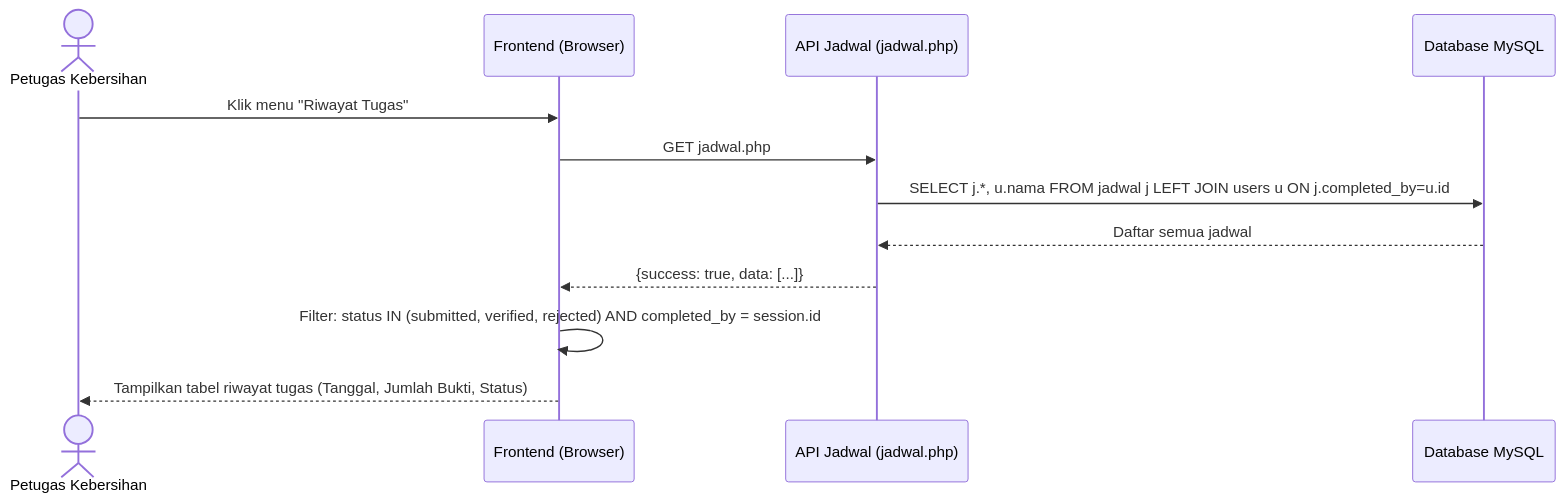
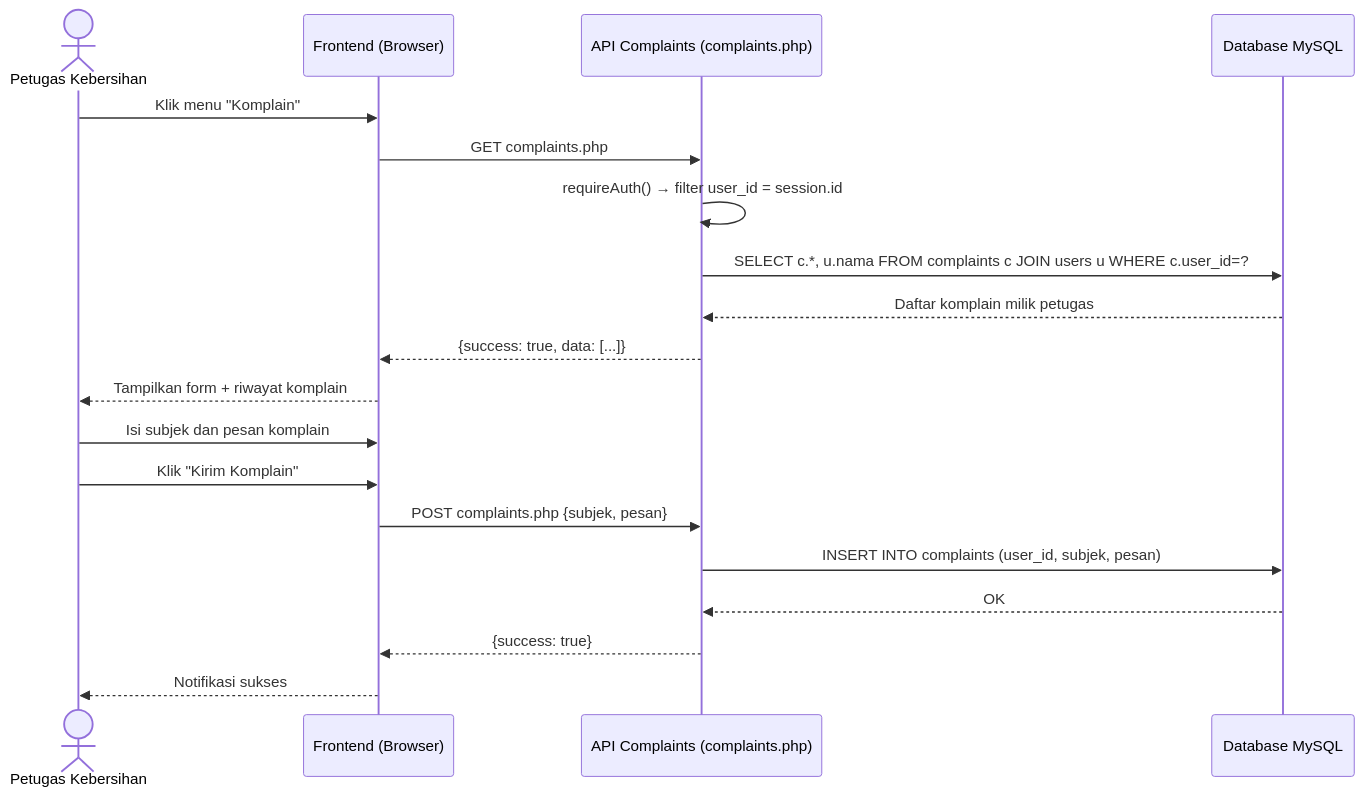
One commit to Aflah88/SIPARES-V.1.0 changed the ninth of 19 diagrams in dokumentasi/UML_SIPARES.md. Above: the diagram before and after it, drawn with Mermaid. The commit also changed other lines of this file and 15 other files, not shown here.

````diff
--- a/dokumentasi/UML_SIPARES.md
+++ b/dokumentasi/UML_SIPARES.md
@@ -254,15 +327,23 @@
 ```mermaid
 sequenceDiagram
     actor P as Petugas Kebersihan
     participant FE as Frontend (Browser)
-    participant API as API Jadwal (jadwal.php)
+    participant API as API Complaints (complaints.php)
     participant DB as Database MySQL
 
-    P->>FE: Klik menu "Riwayat Tugas"
-    FE->>API: GET jadwal.php
-    API->>DB: SELECT j.*, u.nama FROM jadwal j LEFT JOIN users u ON j.completed_by=u.id
-    DB-->>API: Daftar semua jadwal
+    P->>FE: Klik menu "Komplain"
+    FE->>API: GET complaints.php
+    API->>API: requireAuth() → filter user_id = session.id
+    API->>DB: SELECT c.*, u.nama FROM complaints c JOIN users u WHERE c.user_id=?
+    DB-->>API: Daftar komplain milik petugas
     API-->>FE: {success: true, data: [...]}
-    FE->>FE: Filter: status IN (submitted, verified, rejected) AND completed_by = session.id
-    FE-->>P: Tampilkan tabel riwayat tugas (Tanggal, Jumlah Bukti, Status)
+    FE-->>P: Tampilkan form + riwayat komplain
+
+    P->>FE: Isi subjek dan pesan komplain
+    P->>FE: Klik "Kirim Komplain"
+    FE->>API: POST complaints.php {subjek, pesan}
+    API->>DB: INSERT INTO complaints (user_id, subjek, pesan)
+    DB-->>API: OK
+    API-->>FE: {success: true}
+    FE-->>P: Notifikasi sukses
 ```
````
